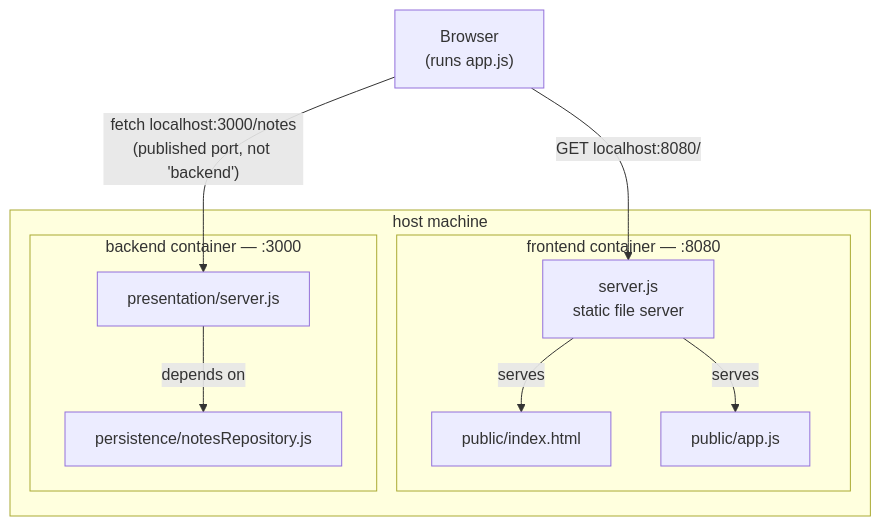
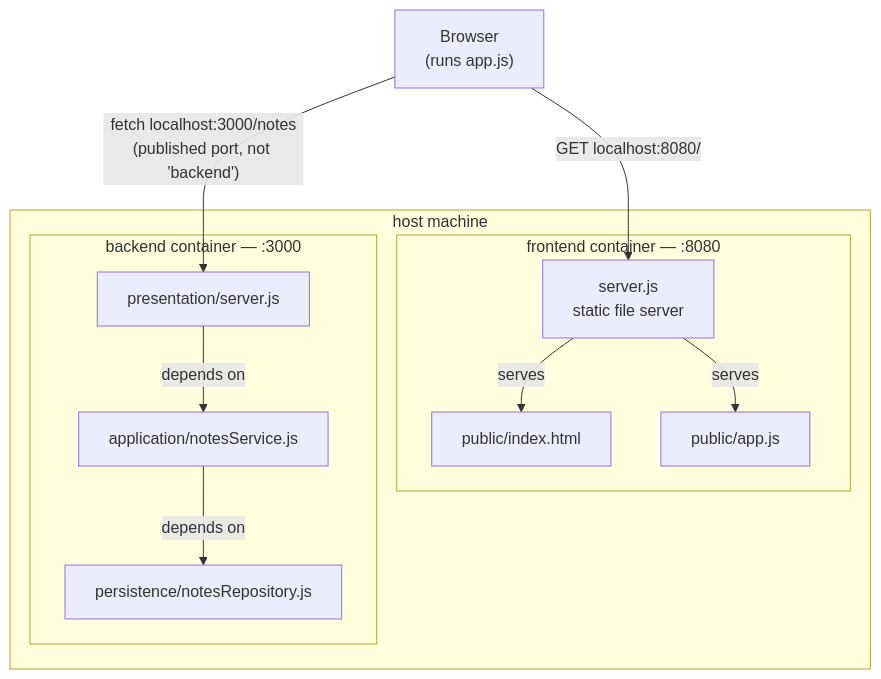
The second of 2 diagrams in 09._Layered_architecture_hands_on/example-node/README.md (Ek-Ita-Swa-Iti/EK_ITA_SWA_2026_fall), drawn with Mermaid before and after one commit. The commit also changed other lines of this file, not shown here.

First line of the commit message:
S9 example-node README: document the application layer

````diff
--- a/09._Layered_architecture_hands_on/example-node/README.md
+++ b/09._Layered_architecture_hands_on/example-node/README.md
@@ -110,22 +142,24 @@
 ```mermaid
 flowchart TB
     BROWSER["Browser<br/>(runs app.js)"]
 
     subgraph host["host machine"]
         subgraph frontendC["frontend container — :8080"]
             STATIC[server.js<br/>static file server]
             HTML[public/index.html]
             APPJS[public/app.js]
         end
         subgraph backendC["backend container — :3000"]
             SERVER[presentation/server.js]
+            SERVICE[application/notesService.js]
             REPO[persistence/notesRepository.js]
         end
     end
 
     BROWSER -->|"GET localhost:8080/"| STATIC
     STATIC -->|serves| HTML
     STATIC -->|serves| APPJS
     BROWSER -->|"fetch localhost:3000/notes<br/>(published port, not 'backend')"| SERVER
-    SERVER -->|"depends on"| REPO
+    SERVER -->|"depends on"| SERVICE
+    SERVICE -->|"depends on"| REPO
 ```
````
